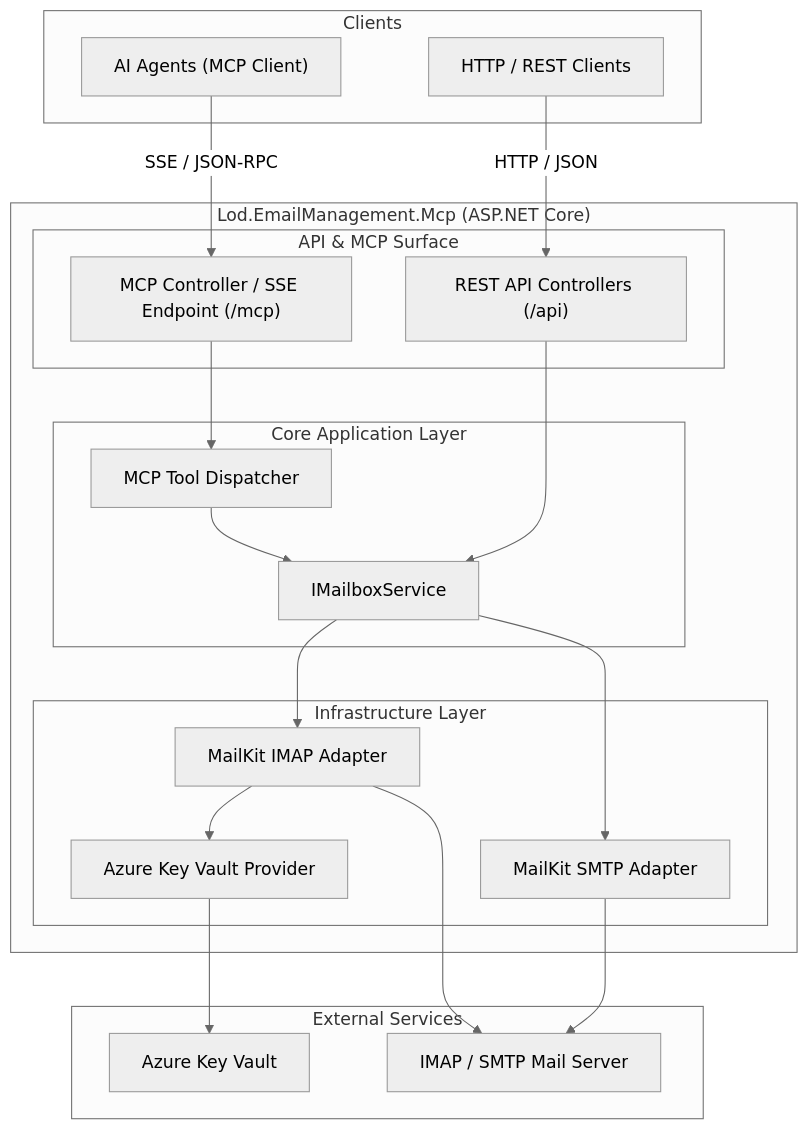
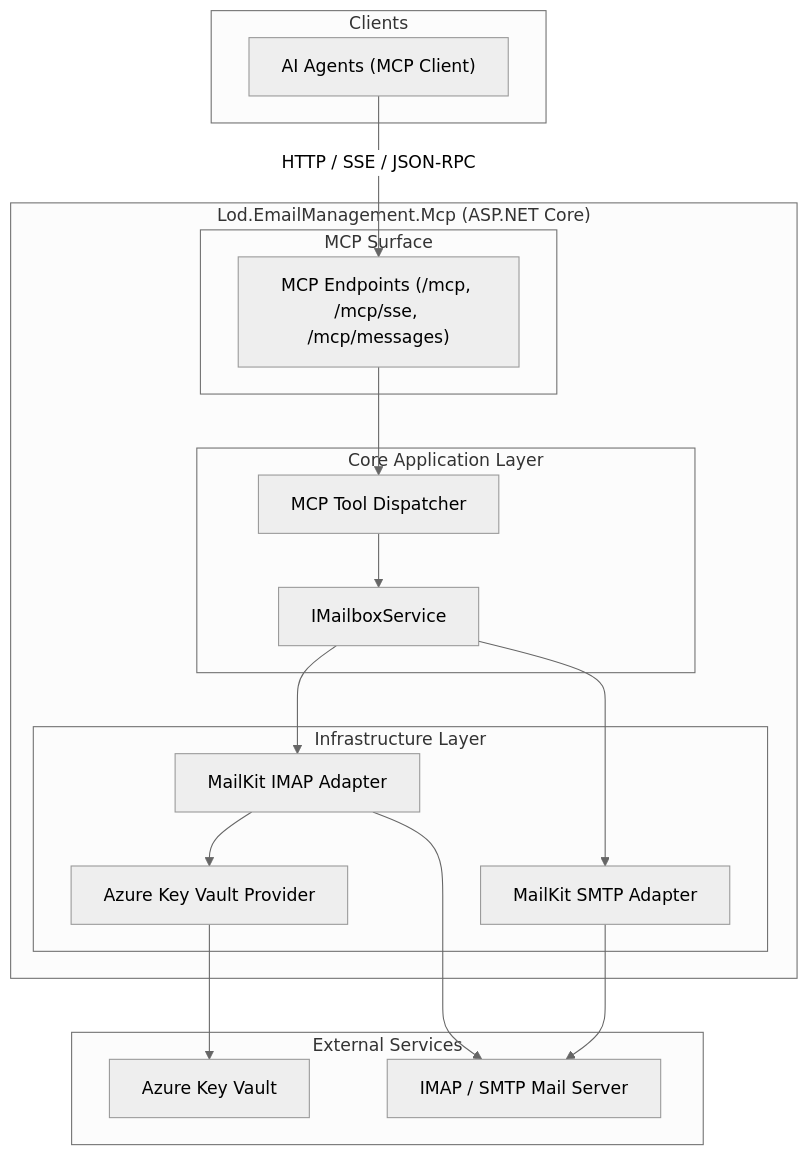
The diagram in REQUIREMENTS.md (lod-softworks/mcp-email-management), drawn with Mermaid (neutral theme) before and after one commit. The commit also changed other lines of this file and 15 other files, not shown here.

````diff
--- a/REQUIREMENTS.md
+++ b/REQUIREMENTS.md
@@ -31,42 +30,38 @@
 ```mermaid
 flowchart TD
     subgraph Clients["Clients"]
         Agent["AI Agents (MCP Client)"]
-        HTTPClient["HTTP / REST Clients"]
     end
 
     subgraph Service["Lod.EmailManagement.Mcp (ASP.NET Core)"]
-        subgraph Surface["API & MCP Surface"]
-            MCPEndpoint["MCP Controller / SSE Endpoint (/mcp)"]
-            RESTEndpoint["REST API Controllers (/api)"]
+        subgraph Surface["MCP Surface"]
+            MCPEndpoint["MCP Endpoints (/mcp, /mcp/sse, /mcp/messages)"]
         end
 
         subgraph Core["Core Application Layer"]
             ToolDispatcher["MCP Tool Dispatcher"]
             MailboxService["IMailboxService"]
         end
 
         subgraph Infrastructure["Infrastructure Layer"]
             KeyVault["Azure Key Vault Provider"]
             ImapAdapter["MailKit IMAP Adapter"]
             SmtpAdapter["MailKit SMTP Adapter"]
         end
     end
 
     subgraph External["External Services"]
         AKV["Azure Key Vault"]
         MailServer["IMAP / SMTP Mail Server"]
     end
 
-    Agent -->|SSE / JSON-RPC| MCPEndpoint
-    HTTPClient -->|HTTP / JSON| RESTEndpoint
+    Agent -->|HTTP / SSE / JSON-RPC| MCPEndpoint
     MCPEndpoint --> ToolDispatcher
     ToolDispatcher --> MailboxService
-    RESTEndpoint --> MailboxService
     MailboxService --> ImapAdapter
     MailboxService --> SmtpAdapter
     ImapAdapter --> KeyVault
     KeyVault --> AKV
     ImapAdapter --> MailServer
     SmtpAdapter --> MailServer
 ```
````
